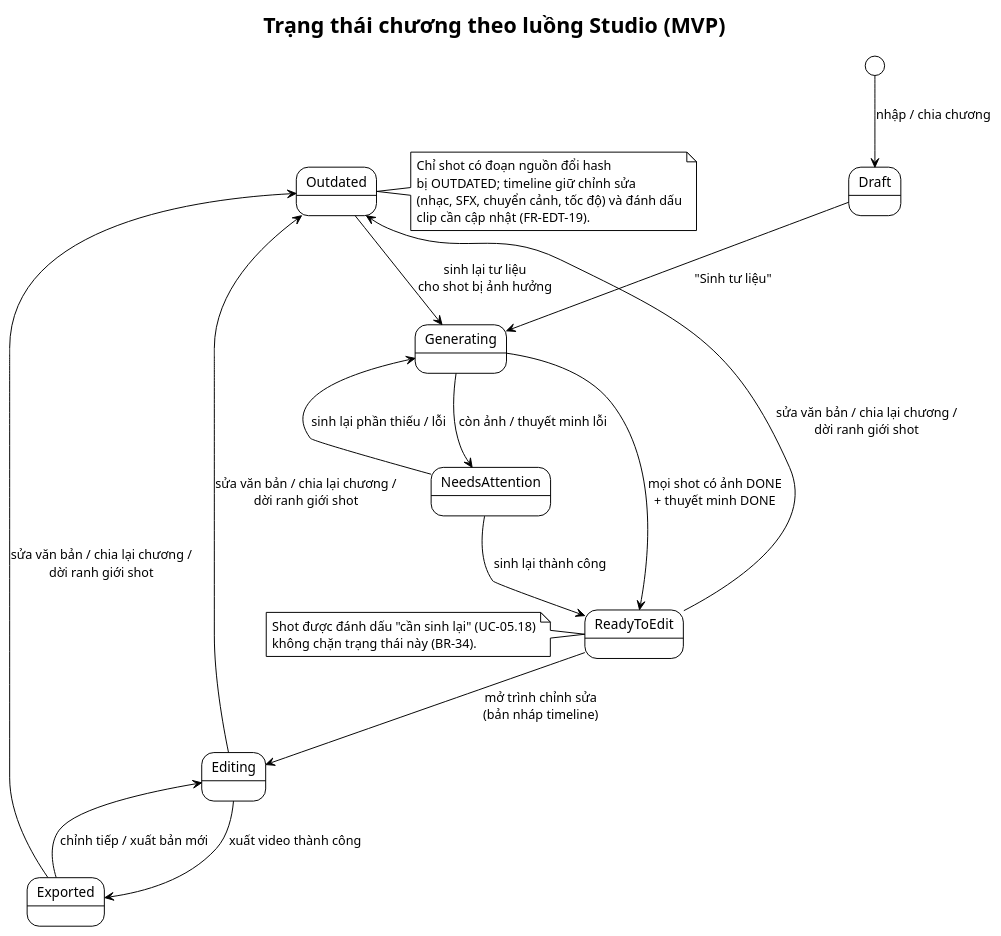
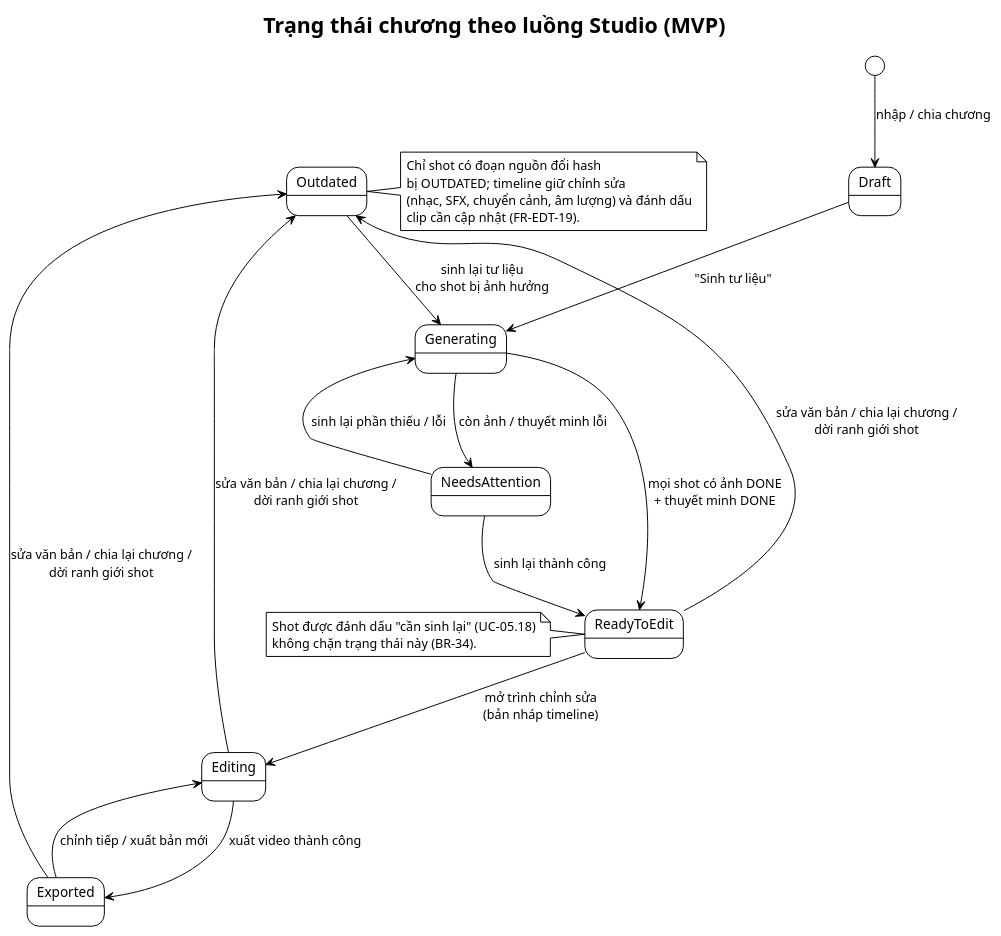
Before and after one commit to 202416852-anhpv/story2video-docs: the diagram in demo-c2story/so-do/mvp/06-trang-thai/state-chapter-media-mvp.puml, drawn with PlantUML. The commit also changed 62 other files, not shown here.

First line of the commit message:
Update documentation and schemas for AI integration and timeline snapshots

```diff
--- a/demo-c2story/so-do/mvp/06-trang-thai/state-chapter-media-mvp.puml
+++ b/demo-c2story/so-do/mvp/06-trang-thai/state-chapter-media-mvp.puml
@@ -1,30 +1,30 @@
 @startuml State_ChapterMedia_MVP
 !theme plain
 skinparam defaultFontName "Segoe UI"
 title Trạng thái chương theo luồng Studio (MVP)
 
 [*] --> Draft : nhập / chia chương
 Draft --> Generating : "Sinh tư liệu"
 Generating --> NeedsAttention : còn ảnh / thuyết minh lỗi
 NeedsAttention --> Generating : sinh lại phần thiếu / lỗi
 NeedsAttention --> ReadyToEdit : sinh lại thành công
 Generating --> ReadyToEdit : mọi shot có ảnh DONE\n+ thuyết minh DONE
 ReadyToEdit --> Editing : mở trình chỉnh sửa\n(bản nháp timeline)
 Editing --> Exported : xuất video thành công
 Exported --> Editing : chỉnh tiếp / xuất bản mới
 ReadyToEdit --> Outdated : sửa văn bản / chia lại chương /\ndời ranh giới shot
 Editing --> Outdated : sửa văn bản / chia lại chương /\ndời ranh giới shot
 Exported --> Outdated : sửa văn bản / chia lại chương /\ndời ranh giới shot
 Outdated --> Generating : sinh lại tư liệu\ncho shot bị ảnh hưởng
 
 note right of Outdated
   Chỉ shot có đoạn nguồn đổi hash
   bị OUTDATED; timeline giữ chỉnh sửa
-  (nhạc, SFX, chuyển cảnh, tốc độ) và đánh dấu
+  (nhạc, SFX, chuyển cảnh, âm lượng) và đánh dấu
   clip cần cập nhật (FR-EDT-19).
 end note
 note left of ReadyToEdit
   Shot được đánh dấu "cần sinh lại" (UC-05.18)
   không chặn trạng thái này (BR-34).
 end note
 @enduml
```
